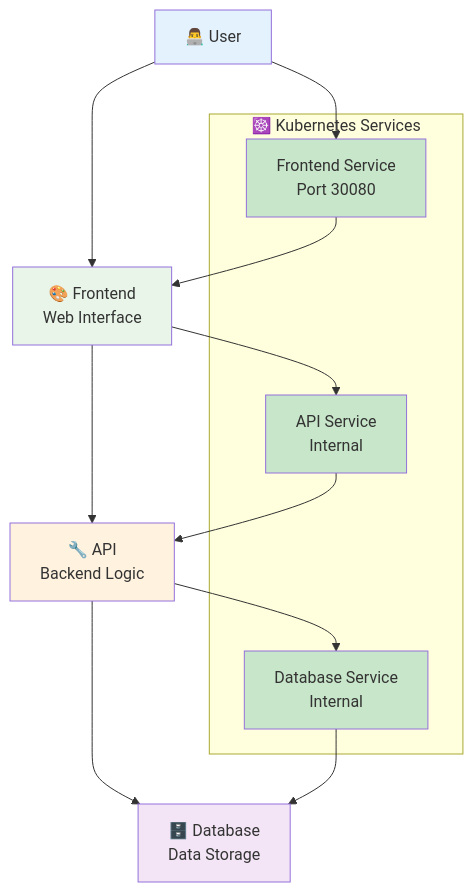
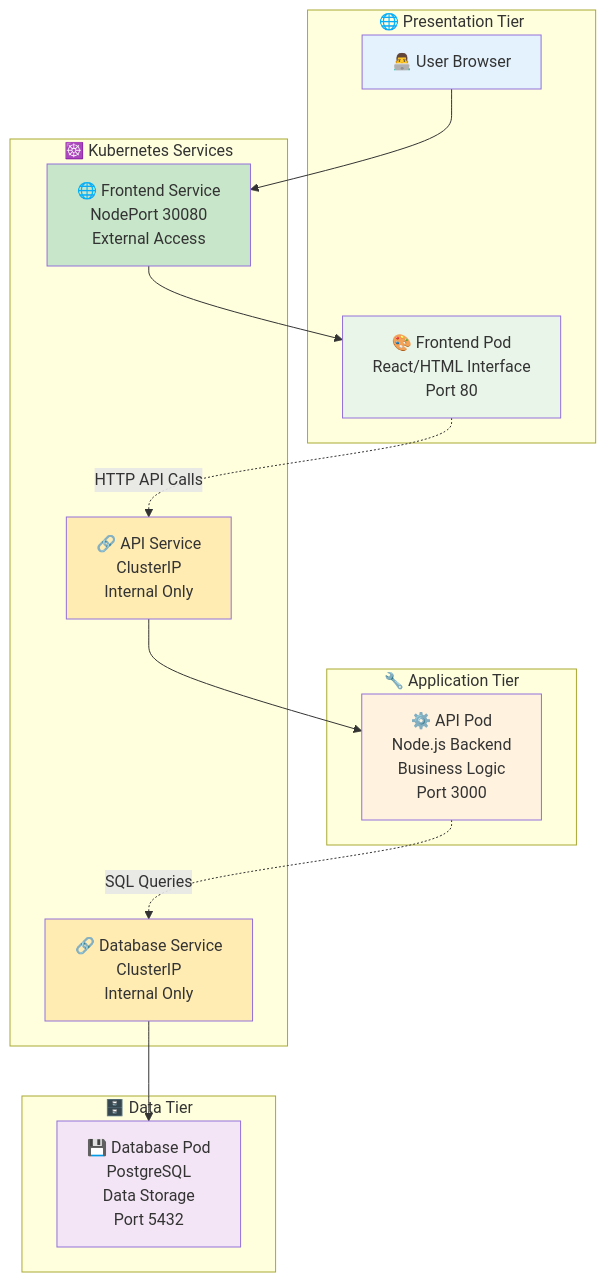
One commit to manikcloud/cloud-devops-learning-path changed the diagram in Section-2-DevOps/Session-7_Kubernetes/06-project/README.md. Above: the diagram before and after it, drawn with Mermaid. The commit also changed other lines of this file and 1 other file, not shown here.

````diff
--- a/Section-2-DevOps/Session-7_Kubernetes/06-project/README.md
+++ b/Section-2-DevOps/Session-7_Kubernetes/06-project/README.md
@@ -15,27 +55,36 @@
 ```mermaid
 graph TB
-    USER[👨‍💻 User] --> FRONTEND[🎨 Frontend<br/>Web Interface]
-    FRONTEND --> API[🔧 API<br/>Backend Logic]
-    API --> DB[🗄️ Database<br/>Data Storage]
+    subgraph "🌐 Presentation Tier"
+        USER[👨‍💻 User Browser]
+        FRONTEND[🎨 Frontend Pod<br/>React/HTML Interface<br/>Port 80]
+    end
+    
+    subgraph "🔧 Application Tier"
+        API[⚙️ API Pod<br/>Node.js Backend<br/>Business Logic<br/>Port 3000]
+    end
+    
+    subgraph "🗄️ Data Tier"
+        DB[💾 Database Pod<br/>PostgreSQL<br/>Data Storage<br/>Port 5432]
+    end
     
     subgraph "☸️ Kubernetes Services"
-        FSVC[Frontend Service<br/>Port 30080]
-        ASVC[API Service<br/>Internal]
-        DSVC[Database Service<br/>Internal]
+        FSVC[🌐 Frontend Service<br/>NodePort 30080<br/>External Access]
+        ASVC[🔗 API Service<br/>ClusterIP<br/>Internal Only]
+        DSVC[🔗 Database Service<br/>ClusterIP<br/>Internal Only]
     end
     
     USER --> FSVC
     FSVC --> FRONTEND
-    FRONTEND --> ASVC
+    FRONTEND -.->|HTTP API Calls| ASVC
     ASVC --> API
-    API --> DSVC
+    API -.->|SQL Queries| DSVC
     DSVC --> DB
     
     style USER fill:#e3f2fd
     style FRONTEND fill:#e8f5e8
     style API fill:#fff3e0
     style DB fill:#f3e5f5
     style FSVC fill:#c8e6c9
-    style ASVC fill:#c8e6c9
-    style DSVC fill:#c8e6c9
+    style ASVC fill:#ffecb3
+    style DSVC fill:#ffecb3
 ```
````
